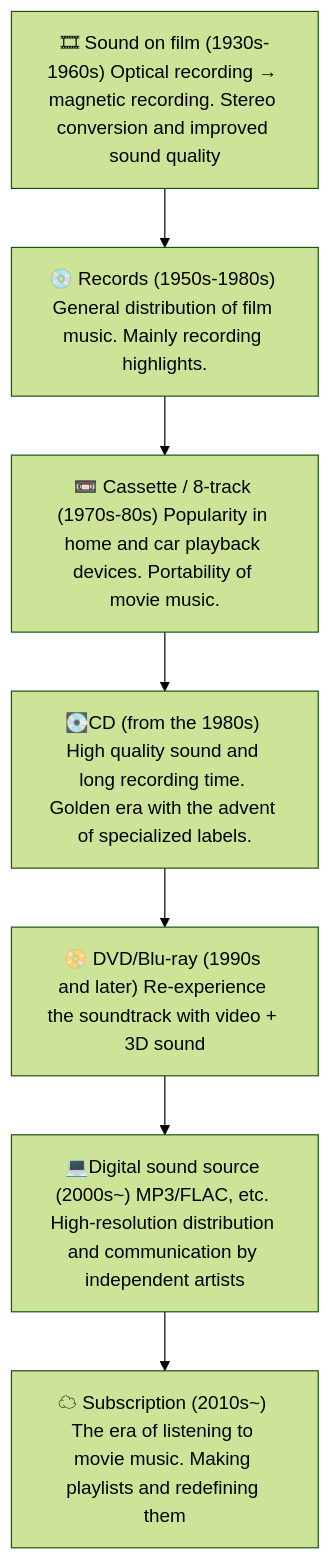
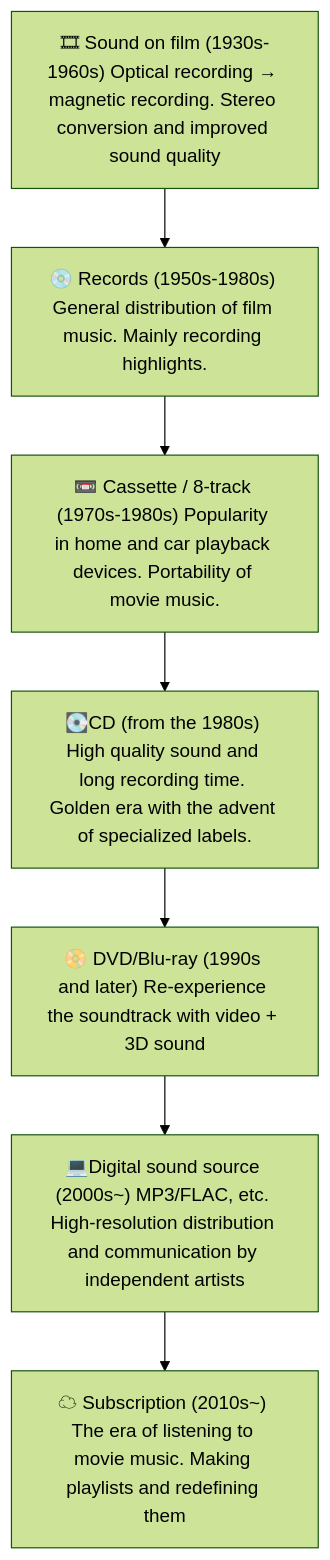
One commit to monumental-movement/monumental-movement.github.io changed the diagram in en/_posts/2025-07-17-Column-Soundtrack.md. Above: the diagram before and after it, drawn with Mermaid (forest theme). The commit also changed other lines of this file and 224 other files, not shown here.

```diff
--- a/en/_posts/2025-07-17-Column-Soundtrack.md
+++ b/en/_posts/2025-07-17-Column-Soundtrack.md
@@ -102,14 +102,14 @@
 <div class="mermaid">
 
 flowchart TD
   A["🎞 Sound on film (1930s-1960s) Optical recording → magnetic recording. Stereo conversion and improved sound quality"]
   B["💿 Records (1950s-1980s) General distribution of film music. Mainly recording highlights."]
-  C["📼 Cassette / 8-track (1970s-80s) Popularity in home and car playback devices. Portability of movie music."]
+  C["📼 Cassette / 8-track (1970s-1980s) Popularity in home and car playback devices. Portability of movie music."]
   D["💽CD (from the 1980s) High quality sound and long recording time. Golden era with the advent of specialized labels."]
   E["📀 DVD/Blu-ray (1990s and later) Re-experience the soundtrack with video + 3D sound"]
   F["💻Digital sound source (2000s~) MP3/FLAC, etc. High-resolution distribution and communication by independent artists"]
   G["☁ Subscription (2010s~) The era of listening to movie music. Making playlists and redefining them"]
 
   A --> B --> C --> D --> E --> F --> G
 
 </div>
```
